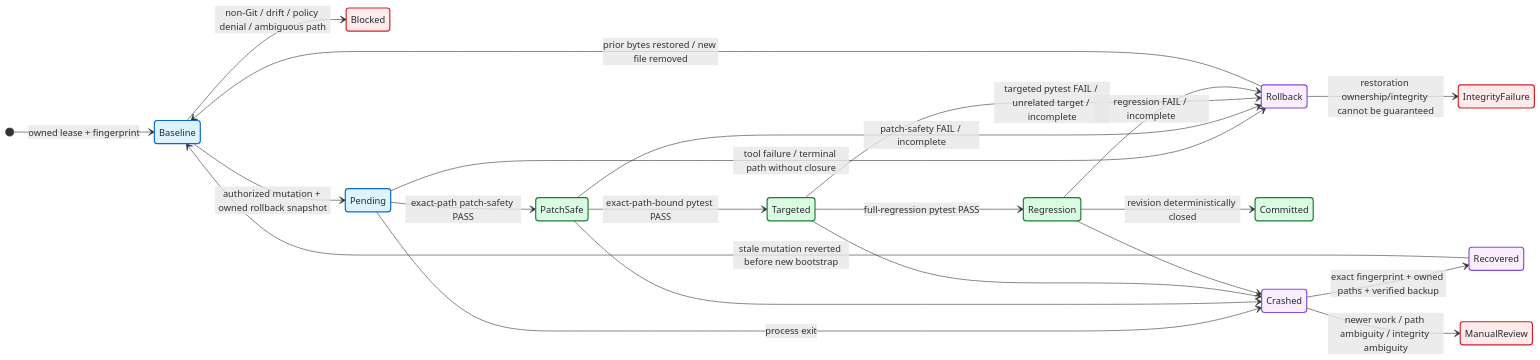
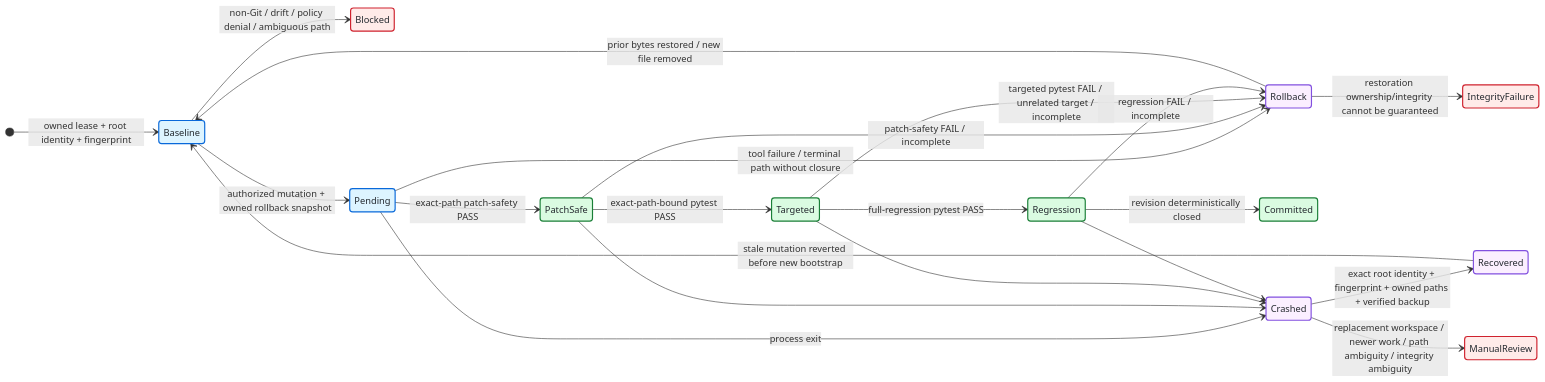
The diagram in docs/RUNTIME_CONTROL.md (portyu9/ai-qa-automation), drawn with Mermaid before and after one commit. The commit also changed other lines of this file, not shown here.

Commit message:
Document workspace root authority and lease hardening

````diff
--- a/docs/RUNTIME_CONTROL.md
+++ b/docs/RUNTIME_CONTROL.md
@@ -32,45 +37,45 @@
 ```mermaid
 stateDiagram-v2
     direction LR
     accTitle: Autonomous mutation transaction and crash-recovery state machine
-    accDescr: A mutation starts only from an owned baseline. Exact-path patch safety, exact-path-bound targeted pytest, and full regression must pass before commit. Failed or incomplete proof rolls back. A crashed transaction is automatically recovered only when workspace ownership, fingerprint, paths, and backup integrity remain provable; otherwise the runtime blocks for manual review.
+    accDescr: A mutation starts only from an owned baseline. Exact-path patch safety, exact-path-bound targeted pytest, and full regression must pass before commit. Failed or incomplete proof rolls back. A crashed transaction is automatically recovered only when workspace root identity, fingerprint, paths, and backup integrity remain provable; otherwise the runtime blocks for manual review.
 
-    [*] --> Baseline: owned lease + fingerprint
+    [*] --> Baseline: owned lease + root identity + fingerprint
 
     Baseline --> Blocked: non-Git / drift / policy denial / ambiguous path
     Baseline --> Pending: authorized mutation + owned rollback snapshot
 
     Pending --> PatchSafe: exact-path patch-safety PASS
     Pending --> Rollback: tool failure / terminal path without closure
 
     PatchSafe --> Targeted: exact-path-bound pytest PASS
     PatchSafe --> Rollback: patch-safety FAIL / incomplete
 
     Targeted --> Regression: full-regression pytest PASS
     Targeted --> Rollback: targeted pytest FAIL / unrelated target / incomplete
 
     Regression --> Committed: revision deterministically closed
     Regression --> Rollback: regression FAIL / incomplete
 
     Rollback --> Baseline: prior bytes restored / new file removed
     Rollback --> IntegrityFailure: restoration ownership/integrity cannot be guaranteed
 
     Pending --> Crashed: process exit
     PatchSafe --> Crashed
     Targeted --> Crashed
     Regression --> Crashed
 
-    Crashed --> Recovered: exact fingerprint + owned paths + verified backup
+    Crashed --> Recovered: exact root identity + fingerprint + owned paths + verified backup
     Recovered --> Baseline: stale mutation reverted before new bootstrap
-    Crashed --> ManualReview: newer work / path ambiguity / integrity ambiguity
+    Crashed --> ManualReview: replacement workspace / newer work / path ambiguity / integrity ambiguity
 
     classDef active fill:#ddf4ff,stroke:#0969da,color:#24292f,stroke-width:2px
     classDef verified fill:#dafbe1,stroke:#1a7f37,color:#24292f,stroke-width:2px
     classDef recovery fill:#fbefff,stroke:#8250df,color:#24292f,stroke-width:2px
     classDef blocked fill:#ffebe9,stroke:#cf222e,color:#24292f,stroke-width:2px
 
     class Baseline,Pending active
     class PatchSafe,Targeted,Regression,Committed verified
     class Rollback,Crashed,Recovered recovery
     class Blocked,IntegrityFailure,ManualReview blocked
 ```
````
